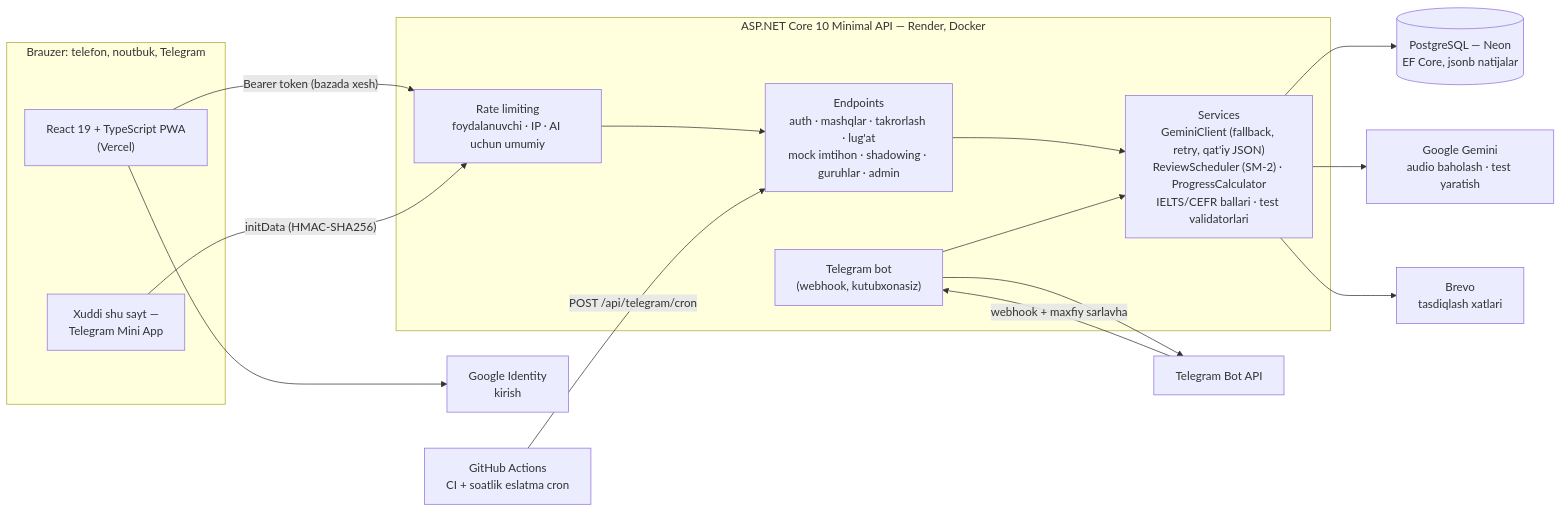
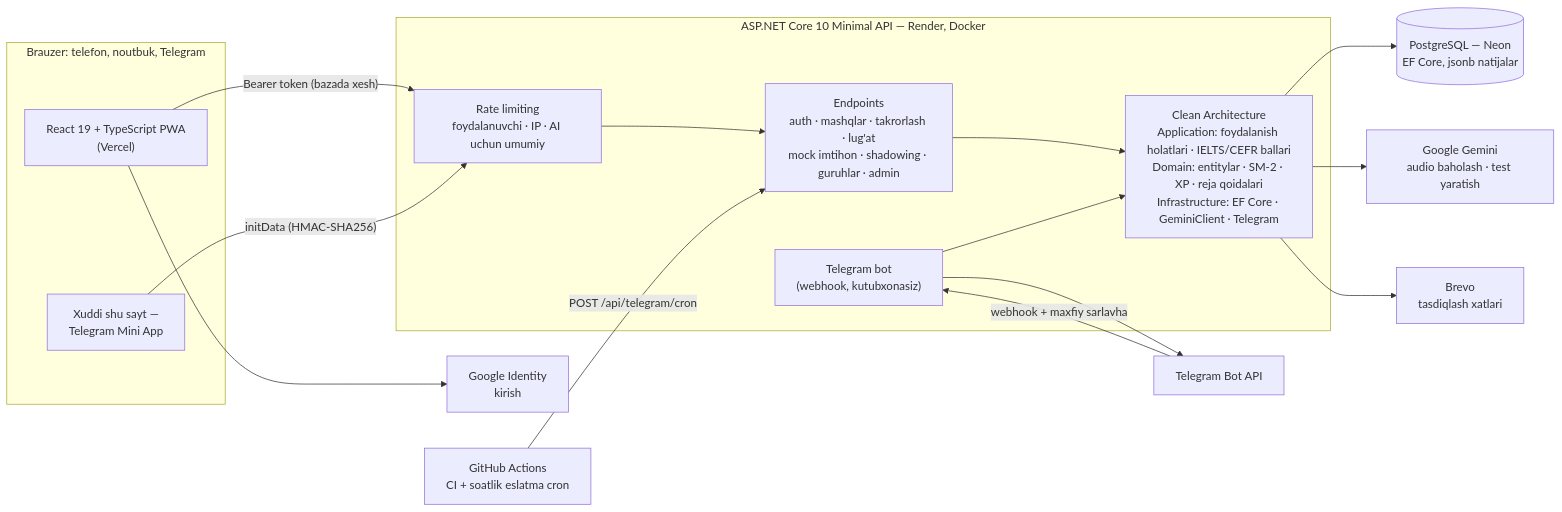
The diagram in README.uz.md (ElshodDev/speaking-coach), drawn with Mermaid before and after one commit. The commit also changed other lines of this file and 349 other files, not shown here.

First line of the commit message:
Backend: Clean Architecture (Domain / Application / Infrastructure / Api)

````diff
--- a/README.uz.md
+++ b/README.uz.md
@@ -70,31 +70,31 @@
 ```mermaid
 flowchart LR
     subgraph Client["Brauzer: telefon, noutbuk, Telegram"]
         SPA["React 19 + TypeScript PWA<br/>(Vercel)"]
         MINI["Xuddi shu sayt —<br/>Telegram Mini App"]
     end
 
     subgraph API["ASP.NET Core 10 Minimal API — Render, Docker"]
         RL["Rate limiting<br/>foydalanuvchi · IP · AI uchun umumiy"]
         EP["Endpoints<br/>auth · mashqlar · takrorlash · lug'at<br/>mock imtihon · shadowing · guruhlar · admin"]
-        SVC["Services<br/>GeminiClient (fallback, retry, qat'iy JSON)<br/>ReviewScheduler (SM-2) · ProgressCalculator<br/>IELTS/CEFR ballari · test validatorlari"]
+        SVC["Clean Architecture<br/>Application: foydalanish holatlari · IELTS/CEFR ballari<br/>Domain: entitylar · SM-2 · XP · reja qoidalari<br/>Infrastructure: EF Core · GeminiClient · Telegram"]
         BOT["Telegram bot<br/>(webhook, kutubxonasiz)"]
     end
 
     DB[("PostgreSQL — Neon<br/>EF Core, jsonb natijalar")]
     GEM["Google Gemini<br/>audio baholash · test yaratish"]
     TG["Telegram Bot API"]
     BREVO["Brevo<br/>tasdiqlash xatlari"]
     GOOGLE["Google Identity<br/>kirish"]
     GH["GitHub Actions<br/>CI + soatlik eslatma cron"]
 
     SPA -- "Bearer token (bazada xesh)" --> RL --> EP
     MINI -- "initData (HMAC-SHA256)" --> RL
     EP --> SVC --> DB
     SVC --> GEM
     TG -- "webhook + maxfiy sarlavha" --> BOT --> SVC
     BOT --> TG
     SVC --> BREVO
     SPA --> GOOGLE
     GH -- "POST /api/telegram/cron" --> EP
 ```
````
